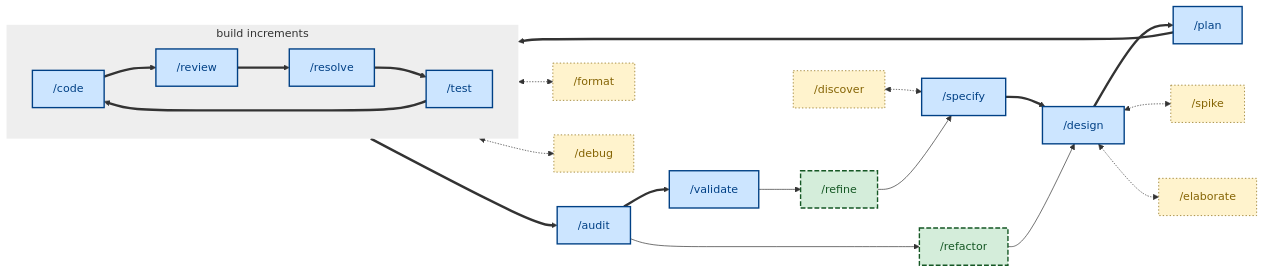
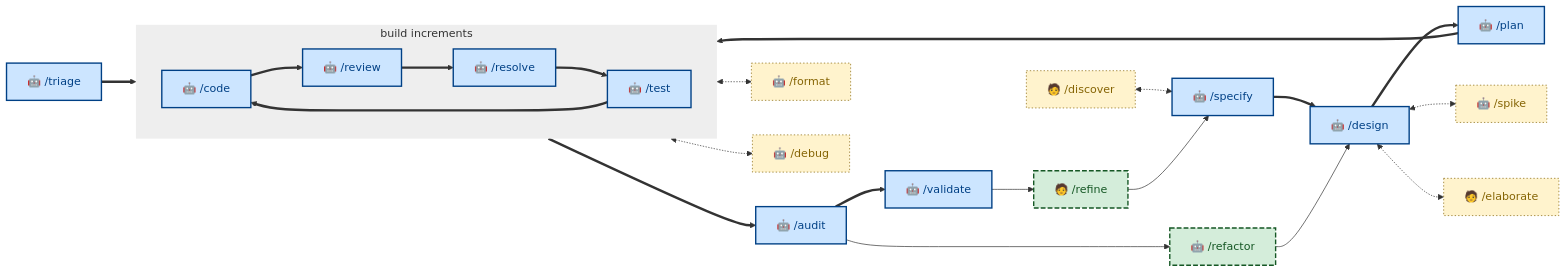
One commit to kieranpotts/skills changed the diagram in README.md. Above: the diagram before and after it, drawn with Mermaid. The commit also changed other lines of this file and 26 other files, not shown here.

````diff
--- a/README.md
+++ b/README.md
@@ -50,55 +46,58 @@
 ```mermaid
 flowchart LR
   %% Node labels and classes (declared up front so they hold inside and outside the subgraph).
-  discover["/discover"]:::tertiary
-  specify["/specify"]:::primary
-  design["/design"]:::primary
-  plan["/plan"]:::primary
-  code["/code"]:::primary
-  review["/review"]:::primary
-  resolve["/resolve"]:::primary
-  test["/test"]:::primary
-  audit["/audit"]:::primary
-  validate["/validate"]:::primary
-  spike["/spike"]:::tertiary
-  elaborate["/elaborate"]:::tertiary
-  format["/format"]:::tertiary
-  debug["/debug"]:::tertiary
-  refactor["/refactor"]:::secondary
-  refine["/refine"]:::secondary
+  discover["🧑 /discover"]:::tertiary
+  specify["🤖 /specify"]:::primary
+  design["🤖 /design"]:::primary
+  triage["🤖 /triage"]:::primary
+  plan["🤖 /plan"]:::primary
+  code["🤖 /code"]:::primary
+  review["🤖 /review"]:::primary
+  resolve["🤖 /resolve"]:::primary
+  test["🤖 /test"]:::primary
+  audit["🤖 /audit"]:::primary
+  validate["🤖 /validate"]:::primary
+  spike["🤖 /spike"]:::tertiary
+  elaborate["🧑 /elaborate"]:::tertiary
+  format["🤖 /format"]:::tertiary
+  debug["🤖 /debug"]:::tertiary
+  refactor["🤖 /refactor"]:::secondary
+  refine["🧑 /refine"]:::secondary
 
   %% Main workflow sequence.
   specify ==> design
   design ==> plan
+  triage ==> code
   plan ==> code
   subgraph build_increments [build increments]
     direction LR
     code ==> review
     review ==> resolve
     resolve ==> test
     test ==> code
   end
   test ==> audit
   audit ==> validate
 
   %% Callouts to helpers.
   discover <-.-> specify
   design <-.-> spike
   design <-.-> elaborate
   code <-.-> format
   test <-.-> debug
 
   %% Feedback loops.
   audit --> refactor
   refactor --> design
   validate --> refine
   refine --> specify
 
   %% Class definitions.
   classDef primary fill:#cce5ff,stroke:#004085,color:#004085,stroke-width:2px
   classDef secondary fill:#d4edda,stroke:#155724,color:#155724,stroke-width:2px,stroke-dasharray:7 3
   classDef tertiary fill:#fff3cd,stroke:#856404,color:#856404,stroke-width:1px,stroke-dasharray:2 3
+  %% classDef reactive fill:#f8d7da,stroke:#721c24,color:#721c24,stroke-width:2px
 
   %% Subgraph (loop) border styling.
   style build_increments fill:#EEEEEE,stroke-width:0px
 ```
````
